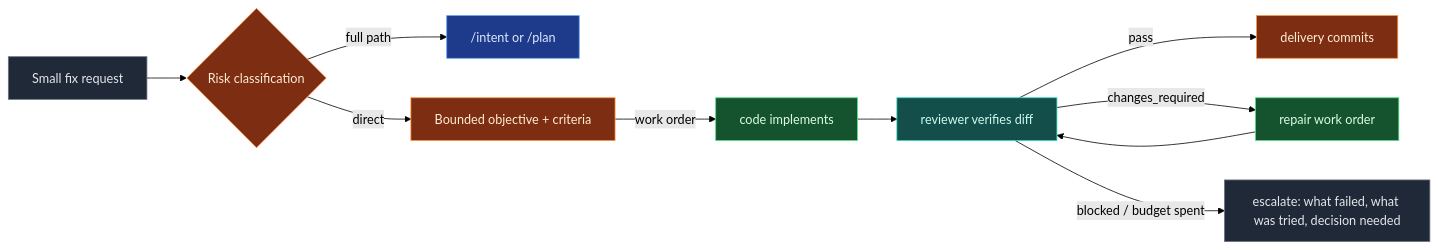
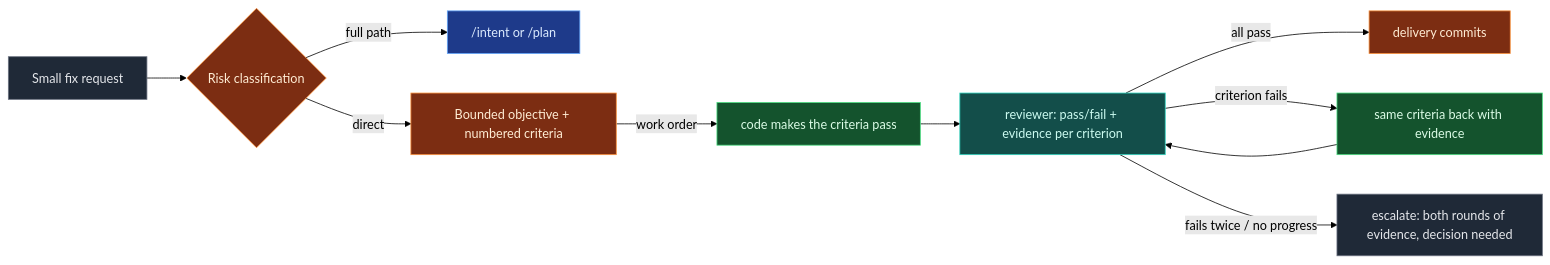
The first of 7 diagrams in README.md (Macacoders/wayforge), drawn with Mermaid (forest theme) before and after one commit. The commit also changed other lines of this file and 18 other files, not shown here.

````diff
--- a/README.md
+++ b/README.md
@@ -129,22 +129,22 @@
 ```mermaid
 flowchart LR
     A["Small fix request"] --> B{"Risk classification"}
     B -- "full path" --> C["/intent or /plan"]
-    B -- "direct" --> D["Bounded objective + criteria"]
-    D -- "work order" --> E["code implements"]
-    E --> F["reviewer verifies diff"]
-    F -- "pass" --> G["delivery commits"]
-    F -- "changes_required" --> H["repair work order"] --> F
-    F -- "blocked / budget spent" --> I["escalate: what failed, what was tried, decision needed"]
+    B -- "direct" --> D["Bounded objective + numbered criteria"]
+    D -- "work order" --> E["code makes the criteria pass"]
+    E --> F["reviewer: pass/fail + evidence per criterion"]
+    F -- "all pass" --> G["delivery commits"]
+    F -- "criterion fails" --> H["same criteria back with evidence"] --> F
+    F -- "fails twice / no progress" --> I["escalate: both rounds of evidence, decision needed"]
 
     classDef user fill:#1f2937,stroke:#6b7280,color:#e5e7eb
     classDef delivery fill:#7c2d12,stroke:#fb923c,color:#ffedd5
     classDef code fill:#14532d,stroke:#4ade80,color:#dcfce7
     classDef reviewer fill:#134e4a,stroke:#2dd4bf,color:#ccfbf1
     classDef planner fill:#1e3a8a,stroke:#60a5fa,color:#dbeafe
     class A,I user
     class B,D,G delivery
     class C planner
     class E,H code
     class F reviewer
 ```
````
